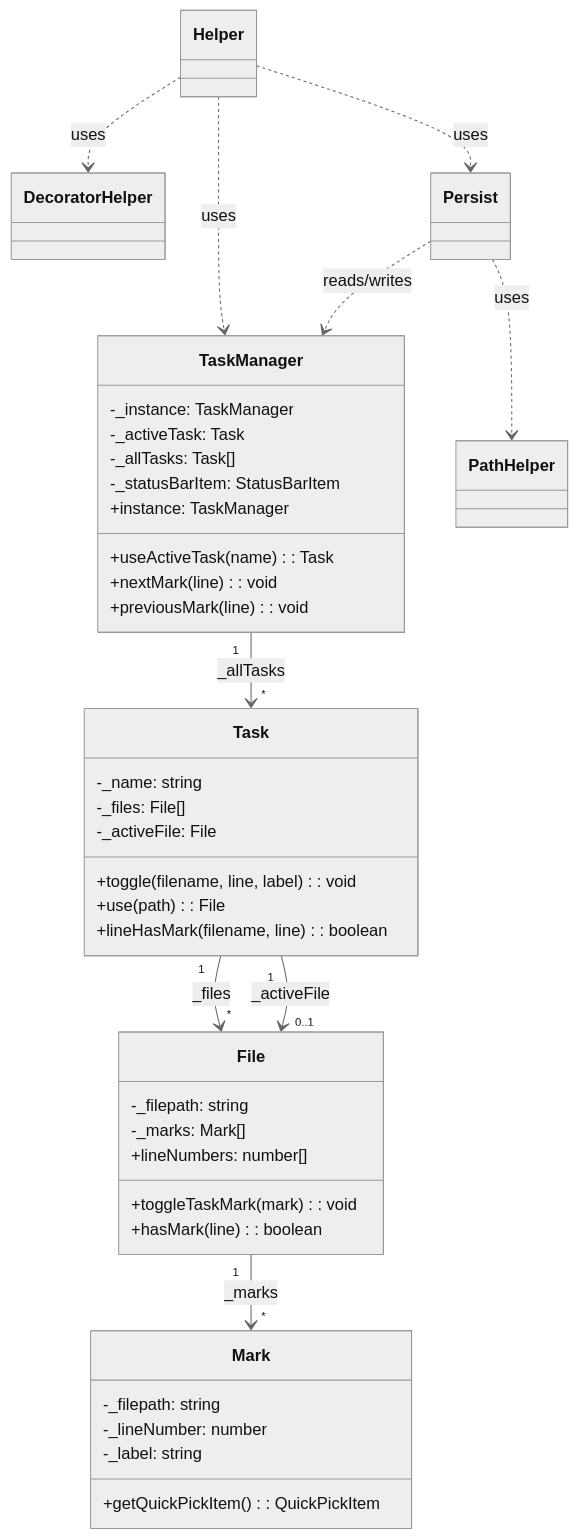
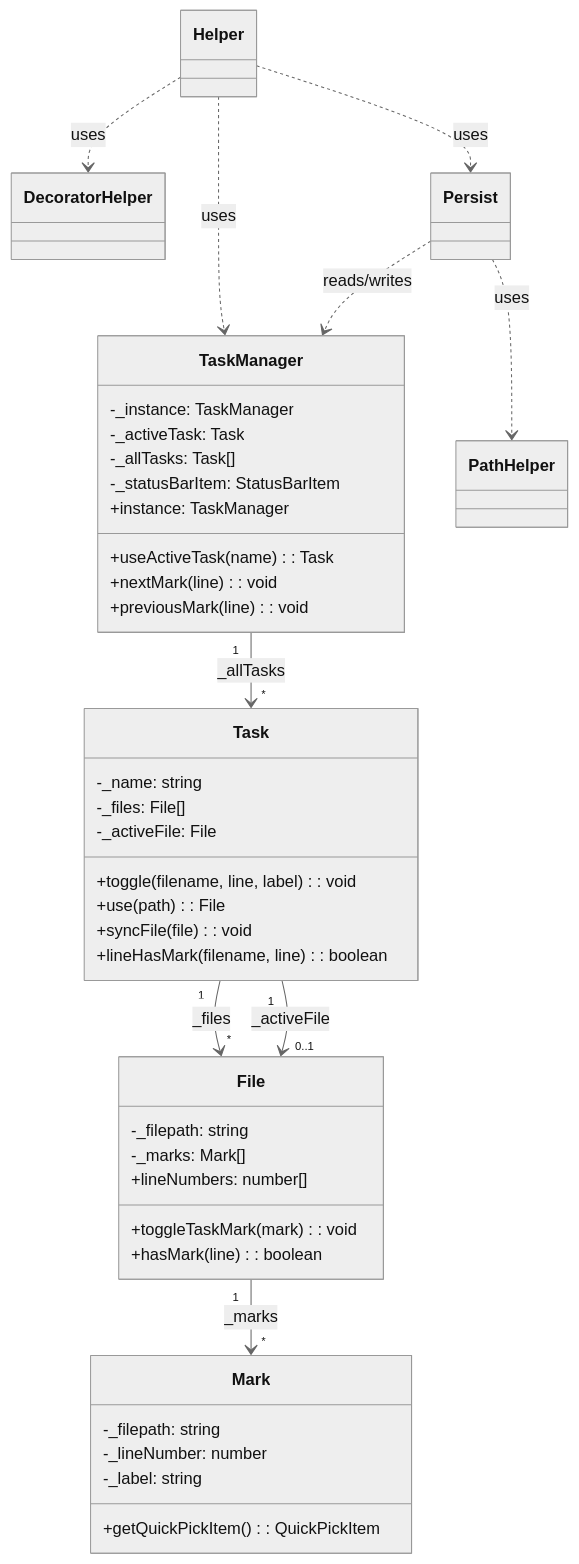
Before and after one commit to norbertK/taskmarks: the first of 5 diagrams in docu/ARCHITECTURE.md, drawn with Mermaid (neutral theme). The commit also changed other lines of this file and 11 other files, not shown here.

````diff
--- a/docu/ARCHITECTURE.md
+++ b/docu/ARCHITECTURE.md
@@ -44,49 +44,50 @@
 ```mermaid
 classDiagram
     TaskManager "1" --> "*" Task : _allTasks
     Task "1" --> "*" File : _files
     Task "1" --> "0..1" File : _activeFile
     File "1" --> "*" Mark : _marks
     
     Helper ..> TaskManager : uses
     Helper ..> DecoratorHelper : uses
     Helper ..> Persist : uses
     
     Persist ..> TaskManager : reads/writes
     Persist ..> PathHelper : uses
     
     class TaskManager {
         -_instance: TaskManager
         -_activeTask: Task
         -_allTasks: Task[]
         -_statusBarItem: StatusBarItem
         +instance: TaskManager
         +useActiveTask(name): Task
         +nextMark(line): void
         +previousMark(line): void
     }
     
     class Task {
         -_name: string
         -_files: File[]
         -_activeFile: File
         +toggle(filename, line, label): void
         +use(path): File
+        +syncFile(file): void
         +lineHasMark(filename, line): boolean
     }
     
     class File {
         -_filepath: string
         -_marks: Mark[]
         +toggleTaskMark(mark): void
         +hasMark(line): boolean
         +lineNumbers: number[]
     }
     
     class Mark {
         -_filepath: string
         -_lineNumber: number
         -_label: string
         +getQuickPickItem(): QuickPickItem
     }
 ```
````
